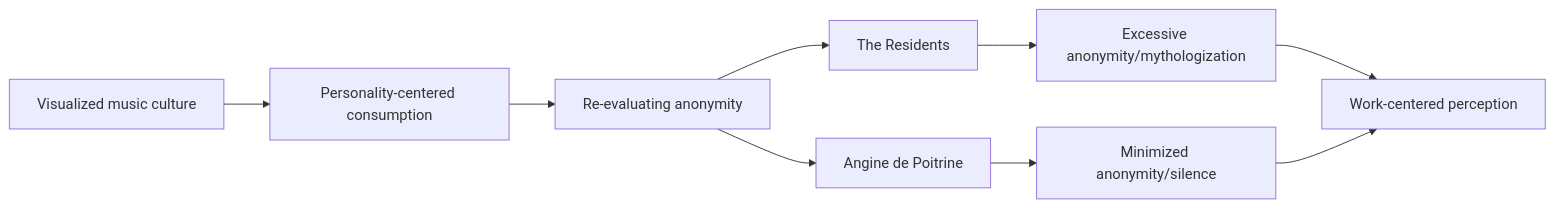
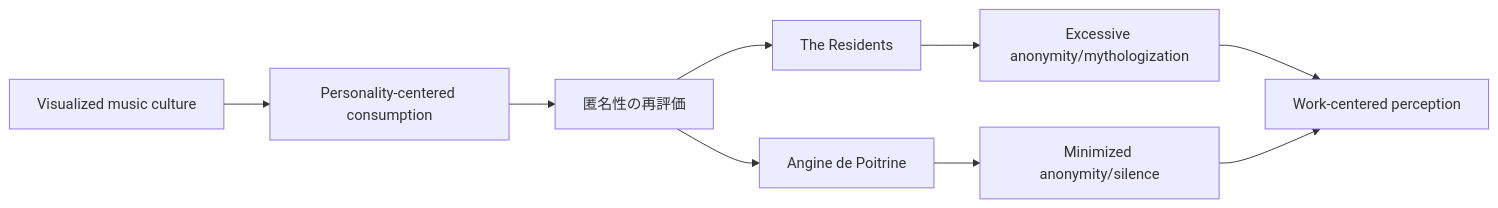
Before and after one commit to monumental-movement/monumental-movement.github.io: the tenth of 17 diagrams in en/_posts/2026-07-06-column-angine-de-poitrine-the-residents.md, drawn with Mermaid. The commit also changed other lines of this file and 1012 other files, not shown here.

```diff
--- a/en/_posts/2026-07-06-column-angine-de-poitrine-the-residents.md
+++ b/en/_posts/2026-07-06-column-angine-de-poitrine-the-residents.md
@@ -1088,19 +1088,19 @@
 <div class="mermaid">
 flowchart LR
 
 A["Visualized music culture"]
 B["Personality-centered consumption"]
-C["Re-evaluating anonymity"]
+C["匿名性の再評価"]
 
 D["The Residents"]
 E["Excessive anonymity/mythologization"]
 
 F["Angine de Poitrine"]
 G["Minimized anonymity/silence"]
 
 H["Work-centered perception"]
 
 A --> B --> C
 C --> D --> E --> H
 C --> F --> G --> H
 </div>
```
